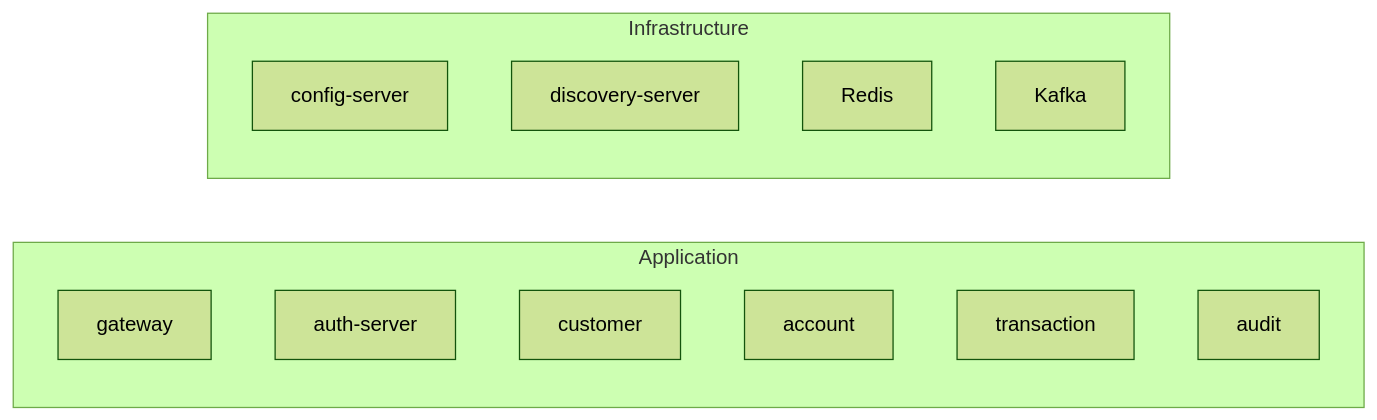
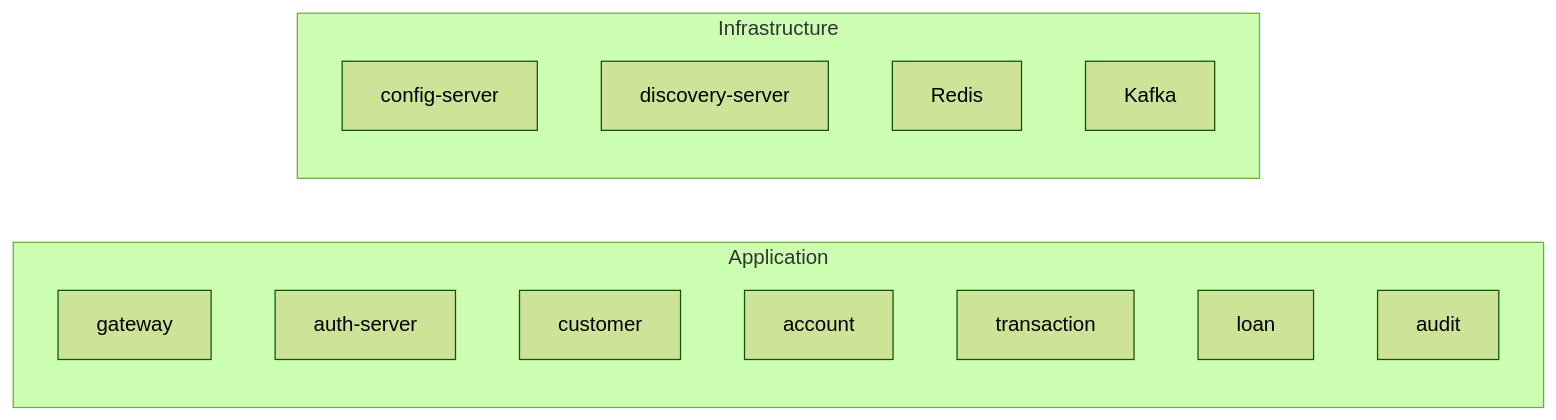
One commit to Lfav07/amerbank-micro changed the third of 3 diagrams in README.md. Above: the diagram before and after it, drawn with Mermaid (forest theme). The commit also changed other lines of this file and 1 other file, not shown here.

Commit message:
feat: document loan microservice

````diff
--- a/README.md
+++ b/README.md
@@ -148,20 +153,21 @@
 ```mermaid
 graph LR
   subgraph Application
     gateway
     auth-server
     customer
     account
     transaction
+    loan
     audit
   end
 
   subgraph Infrastructure
     config-server
     discovery-server
     Redis
     Kafka
   end
   
   
 ```
````
